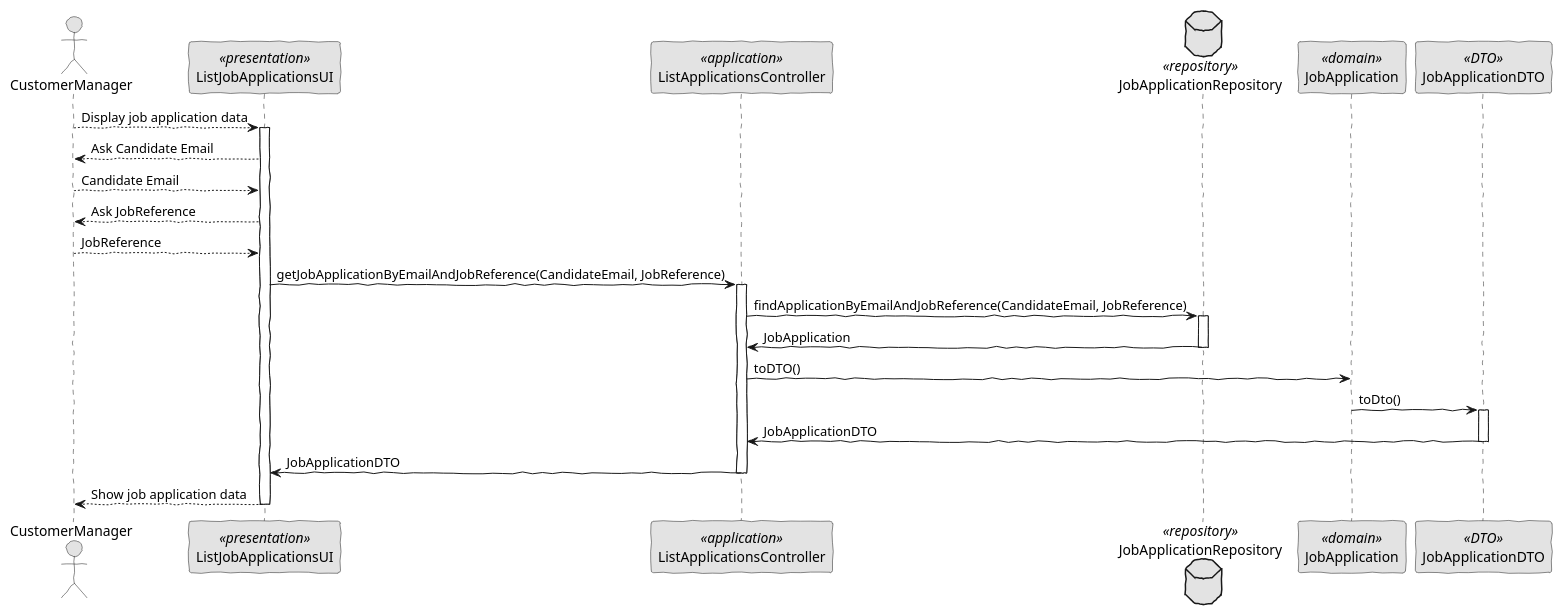
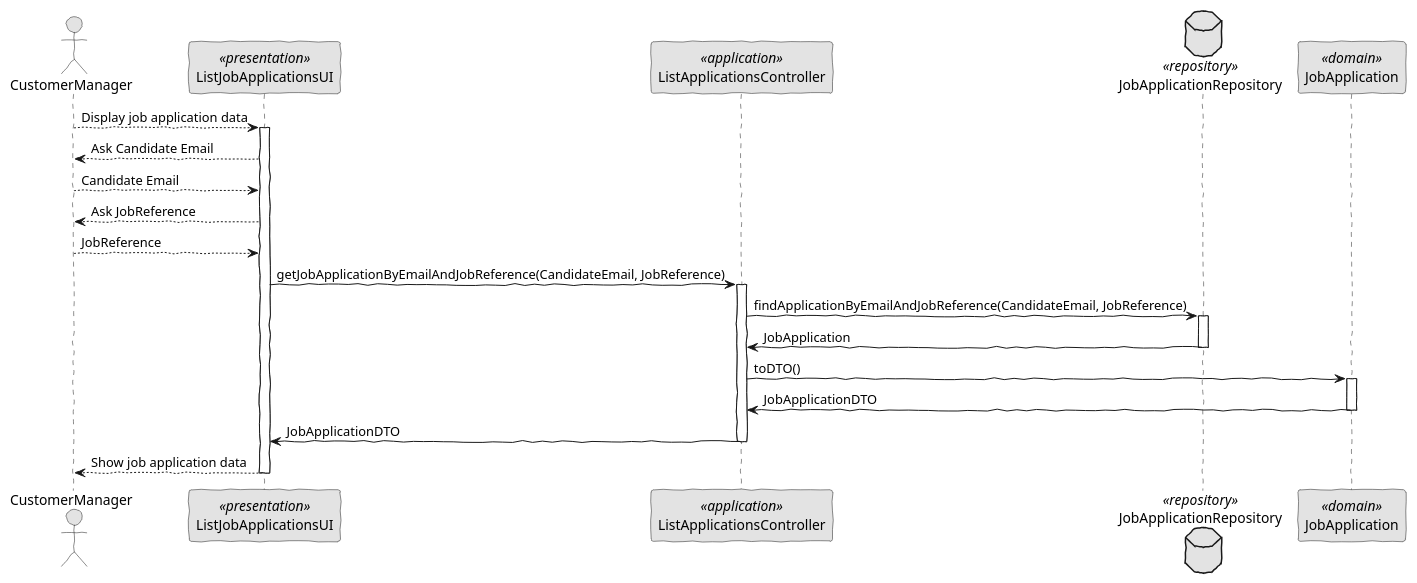
The diagram in docs/US_Sprint_C/US1021/US1021.puml (JoelBrunoFerreira/isep-lapr4), drawn with PlantUML before and after one commit. The commit also changed 1 other file, not shown here.

```diff
--- a/docs/US_Sprint_C/US1021/US1021.puml
+++ b/docs/US_Sprint_C/US1021/US1021.puml
@@ -1,47 +1,45 @@
 @startuml
 'http://plantuml.com/skinparam.html
 skinparam handwritten true
 skinparam monochrome true
 skinparam packageStyle rect
 skinparam defaultFontName FG Virgil
 skinparam shadowing false
 
 actor CustomerManager as Actor
 participant ListJobApplicationsUI as UI <<presentation>>
 participant ListApplicationsController as Controller <<application>>
 database JobApplicationRepository as Repository <<repository>>
 participant JobApplication as Domain <<domain>>
-participant JobApplicationDTO as DTO <<DTO>>
 
 Actor --> UI: Display job application data
 activate UI
     UI --> Actor: Ask Candidate Email
     Actor --> UI: Candidate Email
 
     UI --> Actor: Ask JobReference
         Actor --> UI: JobReference
 
     UI -> Controller: getJobApplicationByEmailAndJobReference(CandidateEmail, JobReference)
 
     activate Controller
         Controller -> Repository: findApplicationByEmailAndJobReference(CandidateEmail, JobReference)
             activate Repository
             Repository -> Controller: JobApplication
             deactivate Repository
 
             Controller -> Domain: toDTO()
+            activate Domain
 
-            Domain -> DTO: toDto()
-            activate DTO
-            DTO -> Controller: JobApplicationDTO
-            deactivate DTO
+            Domain -> Controller: JobApplicationDTO
+            deactivate Domain
 
 
         Controller -> UI: JobApplicationDTO
     deactivate Controller
 
 
     UI --> Actor: Show job application data
 
 deactivate UI
 @enduml
```
